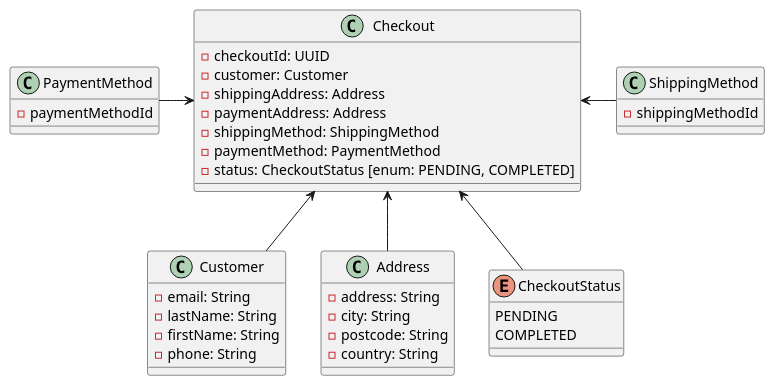
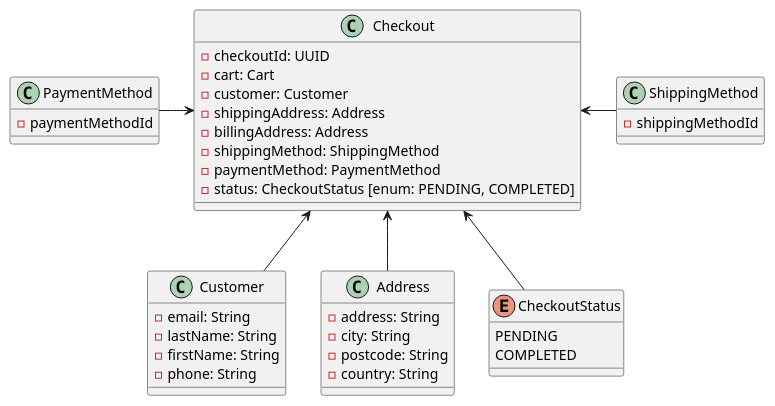
One commit to szabolaszlo/storefrontdemo changed the first of 2 diagrams in Checkout/App/docs/api.adoc. Above: the diagram before and after it, drawn with PlantUML. The commit also changed other lines of this file, not shown here.

```diff
--- a/Checkout/App/docs/api.adoc
+++ b/Checkout/App/docs/api.adoc
@@ -109,45 +191,46 @@
 [plantuml]
 ----
 class Checkout {
     - checkoutId: UUID
+    - cart: Cart
     - customer: Customer
     - shippingAddress: Address
-    - paymentAddress: Address
+    - billingAddress: Address
     - shippingMethod: ShippingMethod
     - paymentMethod: PaymentMethod
     - status: CheckoutStatus [enum: PENDING, COMPLETED]
 }
 
 class Customer {
     - email: String
     - lastName: String
     - firstName: String
     - phone: String
 }
 
 class Address {
     - address: String
     - city: String
     - postcode: String
     - country: String
 }
 
 class ShippingMethod {
     - shippingMethodId
 }
 
 class PaymentMethod {
     - paymentMethodId
 }
 
 enum CheckoutStatus {
     PENDING
     COMPLETED
 }
 
 Checkout <-- Customer
 Checkout <-- Address
 Checkout <- ShippingMethod
 PaymentMethod -> Checkout
 Checkout <-- CheckoutStatus
 ----
```
